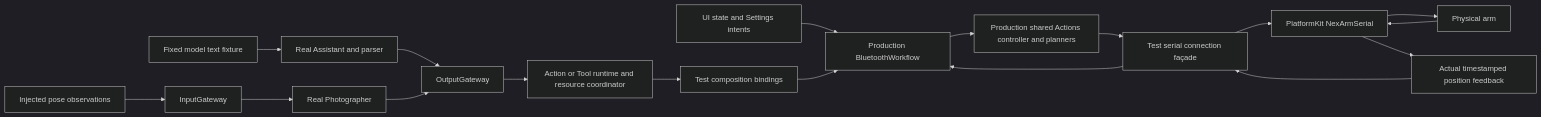
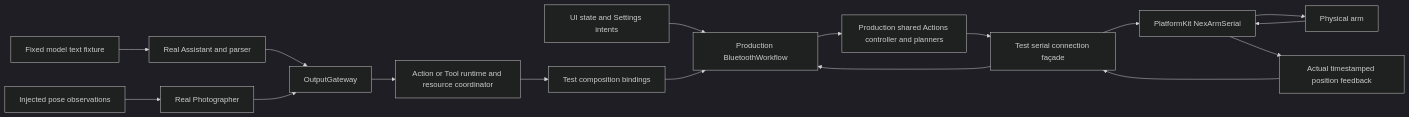
Before and after one commit to devilyouwei/MobileHarness: the diagram in Tests/IntegrationTests/README.md, drawn with Mermaid (dark theme). The commit also changed other lines of this file and 65 other files, not shown here.

````diff
--- a/Tests/IntegrationTests/README.md
+++ b/Tests/IntegrationTests/README.md
@@ -52,20 +74,19 @@
 ```mermaid
 flowchart LR
     Manual[UI state and Settings intents] --> Workflow[Production BluetoothWorkflow]
     Model[Fixed model text fixture] --> Assistant[Real Assistant and parser]
-    Pose[Injected pose observations] --> Input[InputGateway]
-    Input --> Photographer[Real Photographer]
+    Pose[Injected pose observations] --> Photographer[Real Photographer]
     Assistant --> Output[OutputGateway]
     Photographer --> Output
     Output --> Runtime[Action or Tool runtime and resource coordinator]
     Runtime --> Bindings[Test composition bindings]
     Bindings --> Workflow
     Workflow --> Actions[Production shared Actions controller and planners]
     Actions --> Facade[Test serial connection façade]
     Facade --> SDK[PlatformKit NexArmSerial]
     SDK --> Arm[Physical arm]
     Arm --> SDK
     SDK --> Feedback[Actual timestamped position feedback]
     Feedback --> Facade
     Facade --> Workflow
 ```
````
